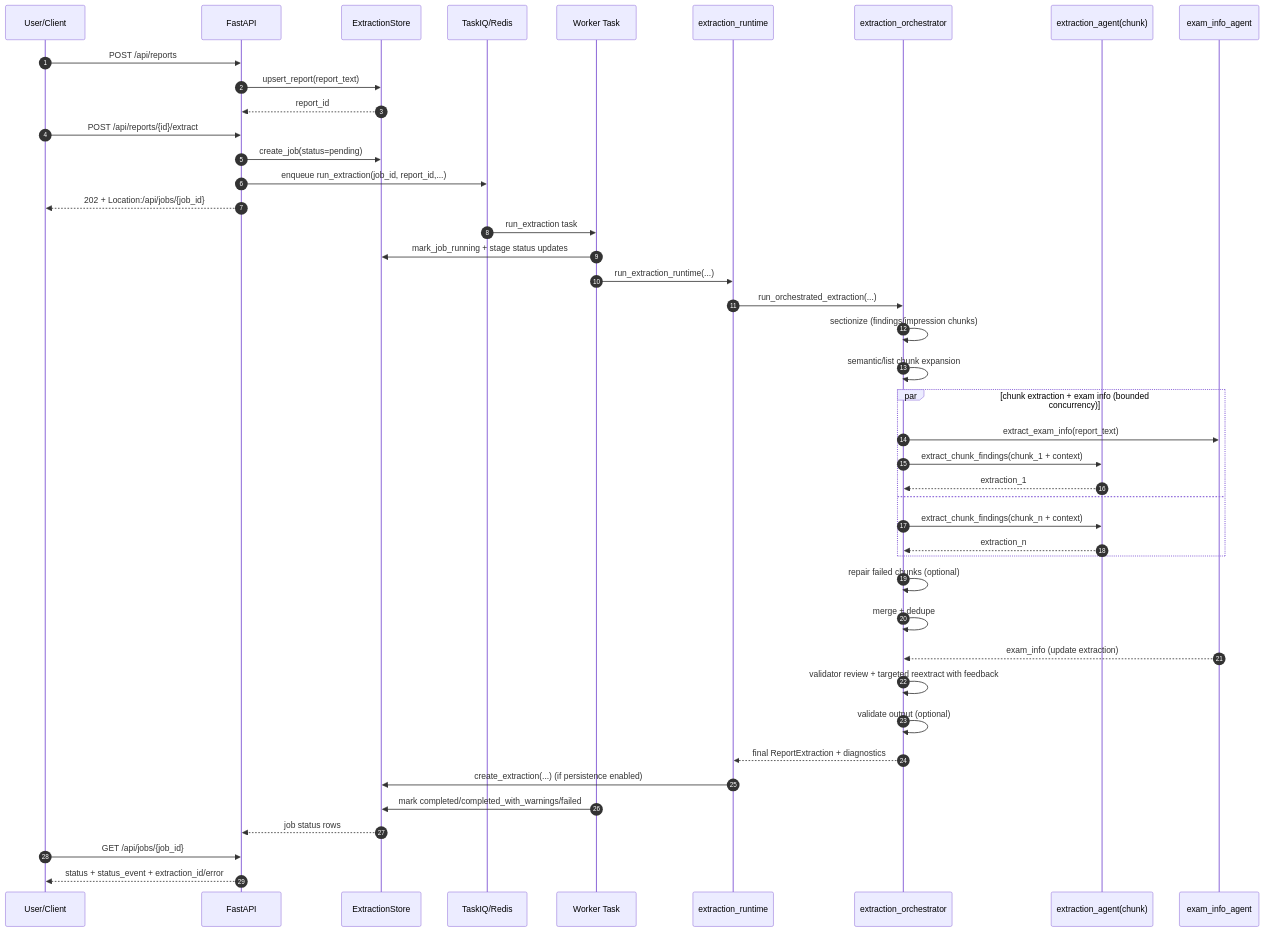
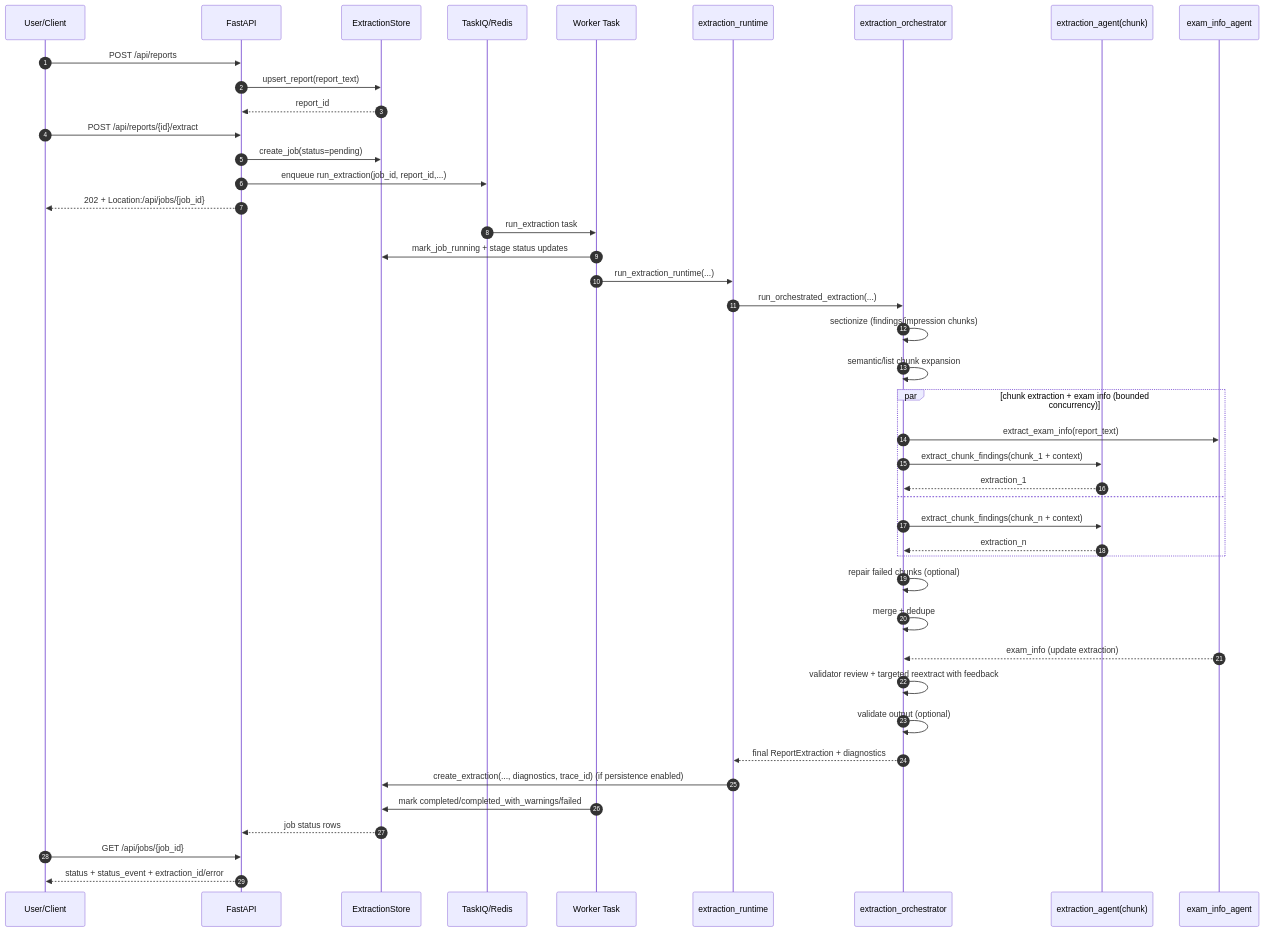
Before and after one commit to hoodcm/imaging-problem-list-data: the diagram in docs/extraction-internals.md, drawn with Mermaid. The commit also changed other lines of this file and 21 other files, not shown here.

First line of the commit message:
Sync persistence store with extraction pipeline

````diff
--- a/docs/extraction-internals.md
+++ b/docs/extraction-internals.md
@@ -34,51 +35,51 @@
 ```mermaid
 sequenceDiagram
     autonumber
     participant U as User/Client
     participant API as FastAPI
     participant ST as ExtractionStore
     participant Q as TaskIQ/Redis
     participant WK as Worker Task
     participant RT as extraction_runtime
     participant OR as extraction_orchestrator
     participant AG as extraction_agent(chunk)
     participant EI as exam_info_agent
 
     U->>API: POST /api/reports
     API->>ST: upsert_report(report_text)
     ST-->>API: report_id
 
     U->>API: POST /api/reports/{id}/extract
     API->>ST: create_job(status=pending)
     API->>Q: enqueue run_extraction(job_id, report_id,...)
     API-->>U: 202 + Location:/api/jobs/{job_id}
 
     Q->>WK: run_extraction task
     WK->>ST: mark_job_running + stage status updates
     WK->>RT: run_extraction_runtime(...)
     RT->>OR: run_orchestrated_extraction(...)
 
     OR->>OR: sectionize (findings/impression chunks)
     OR->>OR: semantic/list chunk expansion
     par chunk extraction + exam info (bounded concurrency)
         OR->>EI: extract_exam_info(report_text)
         OR->>AG: extract_chunk_findings(chunk_1 + context)
         AG-->>OR: extraction_1
     and
         OR->>AG: extract_chunk_findings(chunk_n + context)
         AG-->>OR: extraction_n
     end
 
     OR->>OR: repair failed chunks (optional)
     OR->>OR: merge + dedupe
     EI-->>OR: exam_info (update extraction)
     OR->>OR: validator review + targeted reextract with feedback
     OR->>OR: validate output (optional)
     OR-->>RT: final ReportExtraction + diagnostics
 
-    RT->>ST: create_extraction(...) (if persistence enabled)
+    RT->>ST: create_extraction(..., diagnostics, trace_id) (if persistence enabled)
     WK->>ST: mark completed/completed_with_warnings/failed
     ST-->>API: job status rows
     U->>API: GET /api/jobs/{job_id}
     API-->>U: status + status_event + extraction_id/error
 ```
````
